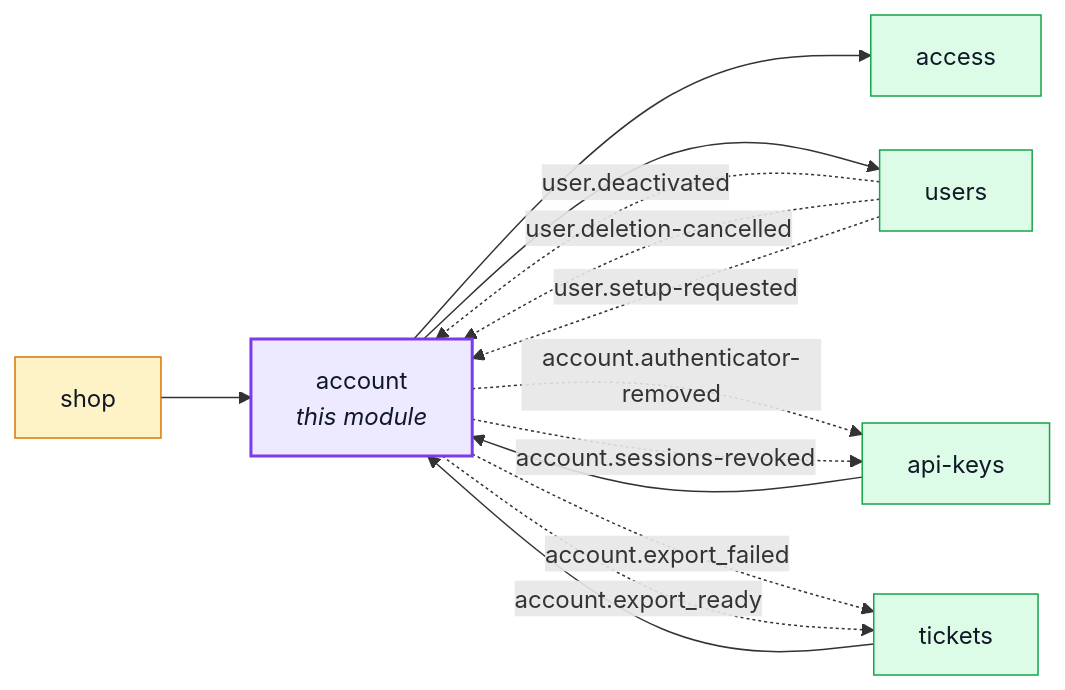
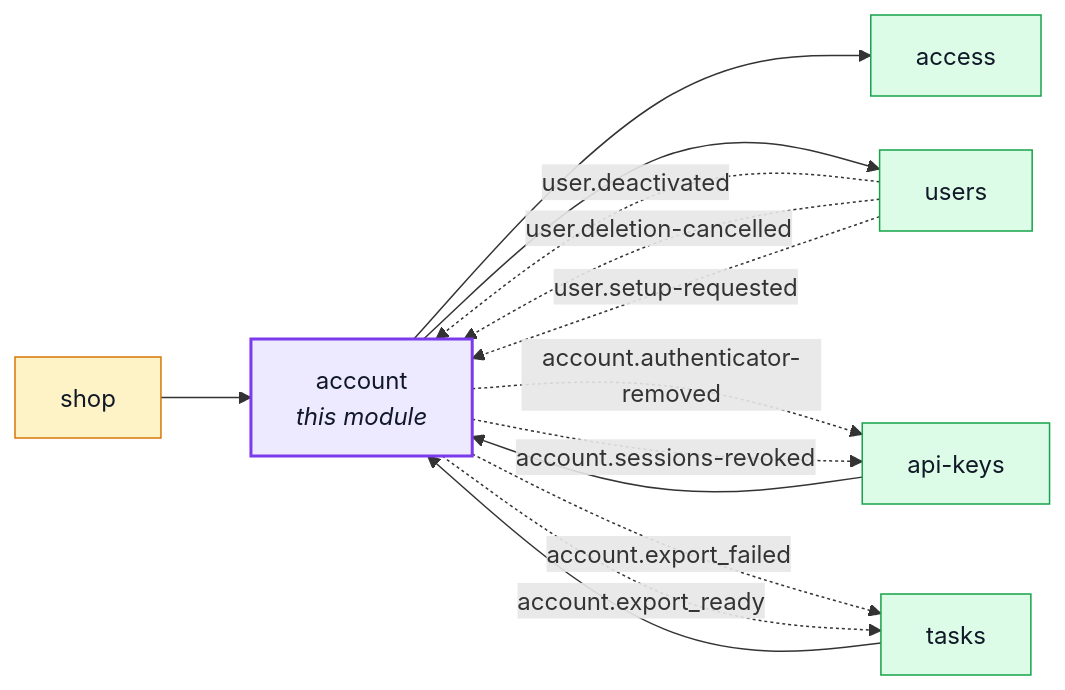
One commit to Guebbit/boilerplate-node-backend changed the first of 5 diagrams in docs/modules/account.md. Above: the diagram before and after it, drawn with Mermaid. The commit also changed other lines of this file and 251 other files, not shown here.

First line of the commit message:
refactor(tasks)!: rename the tickets module to tasks, contract included

````diff
--- a/docs/modules/account.md
+++ b/docs/modules/account.md
@@ -16,31 +16,31 @@
 ```mermaid
 %%{init: {'flowchart': {'nodeSpacing': 30, 'rankSpacing': 60}}}%%
 flowchart LR
     account["account<br/><i>this module</i>"]
     access["access"]
     api_keys["api-keys"]
     shop["shop"]
-    tickets["tickets"]
+    tasks["tasks"]
     users["users"]
 
     api_keys --> account
     shop --> account
-    tickets --> account
+    tasks --> account
     account --> access
     account --> users
     users -. "user.deactivated" .-> account
     users -. "user.deletion-cancelled" .-> account
     users -. "user.setup-requested" .-> account
     account -. "account.authenticator-removed" .-> api_keys
     account -. "account.sessions-revoked" .-> api_keys
-    account -. "account.export_failed" .-> tickets
-    account -. "account.export_ready" .-> tickets
+    account -. "account.export_failed" .-> tasks
+    account -. "account.export_ready" .-> tasks
 
     classDef core fill:#dbeafe,stroke:#2563eb,color:#111827;
     classDef supporting fill:#fef3c7,stroke:#d97706,color:#111827;
     classDef generic fill:#dcfce7,stroke:#16a34a,color:#111827;
     classDef centre fill:#ede9fe,stroke:#7c3aed,stroke-width:2px,color:#111827;
     class shop supporting;
-    class access,api_keys,tickets,users generic;
+    class access,api_keys,tasks,users generic;
     class account centre;
 ```
````
